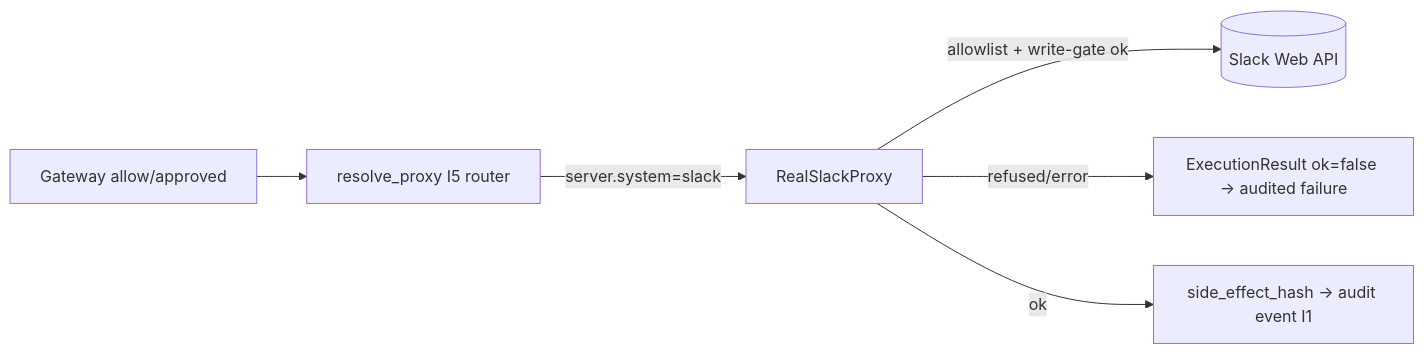
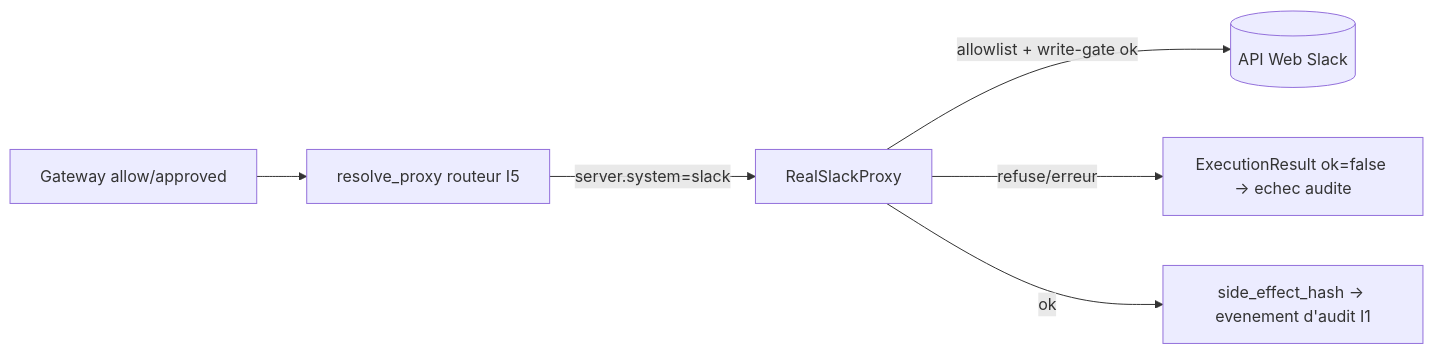
The first of 2 diagrams in docs/runbooks/real-slack-proxy.md (mo0ogly/recette_IA_agents), drawn with Mermaid before and after one commit. The commit also changed other lines of this file and 25 other files, not shown here.

````diff
--- a/docs/runbooks/real-slack-proxy.md
+++ b/docs/runbooks/real-slack-proxy.md
@@ -14,8 +14,8 @@
 ```mermaid
 flowchart LR
-  GW[Gateway allow/approved] --> RP[resolve_proxy I5 router]
+  GW[Gateway allow/approved] --> RP[resolve_proxy routeur I5]
   RP -->|server.system=slack| SP[RealSlackProxy]
-  SP -->|allowlist + write-gate ok| SLACK[(Slack Web API)]
-  SP -->|refused/error| FAIL[ExecutionResult ok=false -> audited failure]
-  SP -->|ok| HASH[side_effect_hash -> audit event I1]
+  SP -->|allowlist + write-gate ok| SLACK[(API Web Slack)]
+  SP -->|refuse/erreur| FAIL[ExecutionResult ok=false -> echec audite]
+  SP -->|ok| HASH[side_effect_hash -> evenement d'audit I1]
 ```
````
